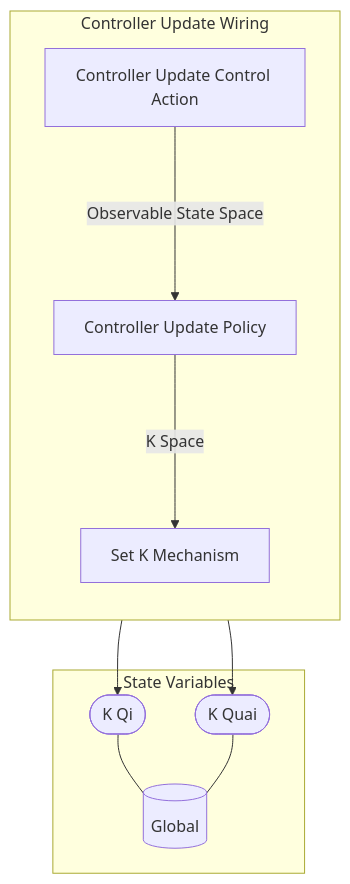
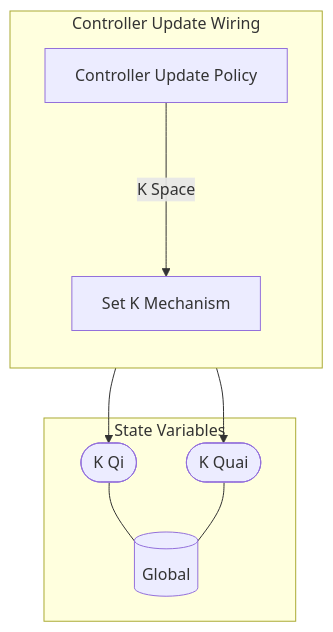
Before and after one commit to dominant-strategies/Quai-Macro-Model: the diagram in Spec/obsidian/Wiring/Controller Update Wiring.md, drawn with Mermaid. The commit also changed other lines of this file and 12 other files, not shown here.

````diff
--- a/Spec/obsidian/Wiring/Controller Update Wiring.md
+++ b/Spec/obsidian/Wiring/Controller Update Wiring.md
@@ -3,22 +3,20 @@
 ```mermaid
 graph TB
 
 subgraph SVS["State Variables"]
 EE0[("Global")]
 EES0(["K Qi"])
 EES0 --- EE0
 EES1(["K Quai"])
 EES1 --- EE0
 end
 
-subgraph X4["Controller Update Wiring"]
+subgraph X3["Controller Update Wiring"]
 direction TB
-X1["Controller Update Control Action"]
-X2["Controller Update Policy"]
-X3["Set K Mechanism"]
-X3 --> EES1
-X3 --> EES0
-X1--"Observable State Space"--->X2
-X2--"K Space"--->X3
+X1["Controller Update Policy"]
+X2["Set K Mechanism"]
+X2 --> EES1
+X2 --> EES0
+X1--"K Space"--->X2
 end
 ```
````
